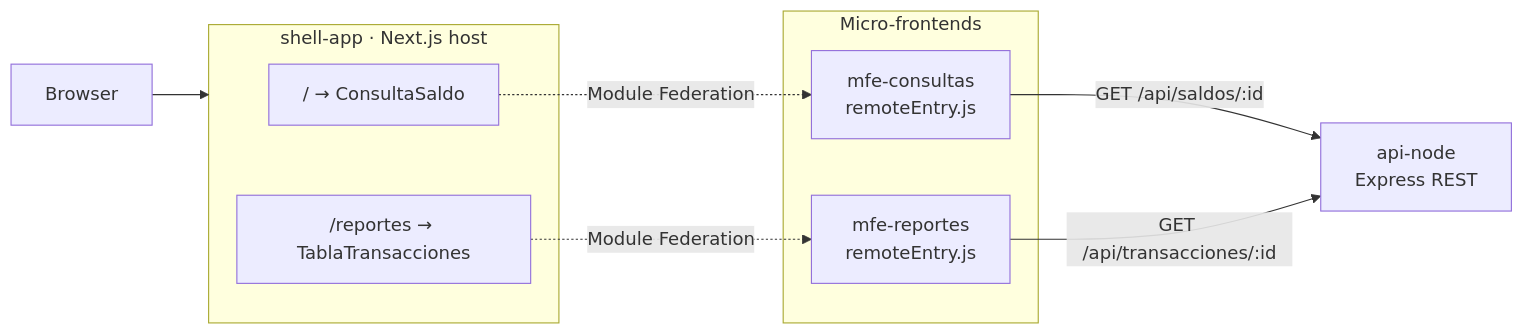
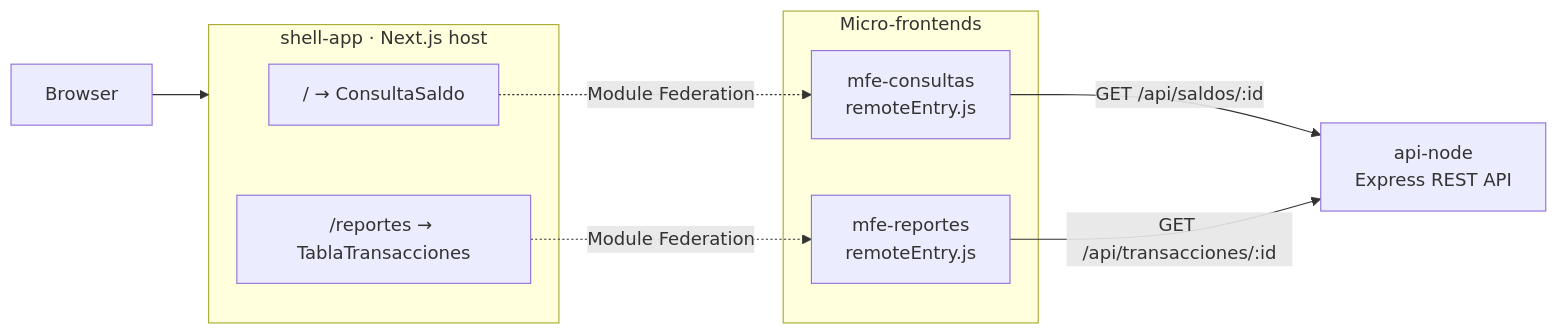
One commit to Rxcxrdx/microfrontends-aks-jenkins changed the first of 3 diagrams in README.md. Above: the diagram before and after it, drawn with Mermaid. The commit also changed other lines of this file, not shown here.

````diff
--- a/README.md
+++ b/README.md
@@ -40,22 +125,22 @@
 ```mermaid
 flowchart LR
-    Browser[Browser]
+    Browser["Browser"]
 
     subgraph shell["shell-app · Next.js host"]
         Home["/ → ConsultaSaldo"]
         Rep["/reportes → TablaTransacciones"]
     end
 
     subgraph remotes["Micro-frontends"]
         C["mfe-consultas<br/>remoteEntry.js"]
         R["mfe-reportes<br/>remoteEntry.js"]
     end
 
-    API["api-node<br/>Express REST"]
+    API["api-node<br/>Express REST API"]
 
     Browser --> shell
     Home -. Module Federation .-> C
-    Rep  -. Module Federation .-> R
+    Rep -. Module Federation .-> R
     C -->|GET /api/saldos/:id| API
     R -->|GET /api/transacciones/:id| API
 ```
````
